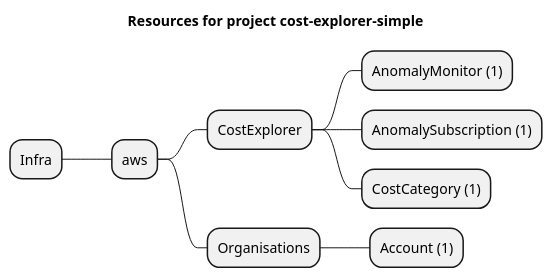
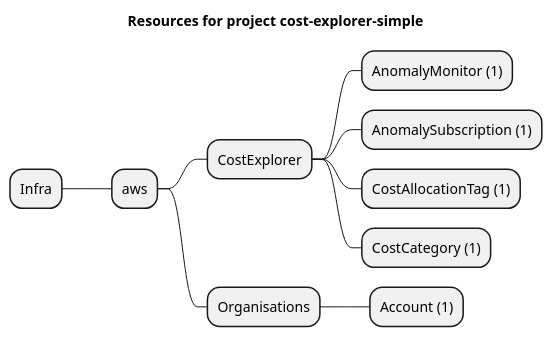
Before and after one commit to grucloud/grucloud: the diagram in examples/aws/CostExplorer/cost-explorer-simple/artifacts/resources-mindmap.puml, drawn with PlantUML. The commit also changed 5 other files, not shown here.

Commit message:
CostExplorerCostAllocationTag

```diff
--- a/examples/aws/CostExplorer/cost-explorer-simple/artifacts/resources-mindmap.puml
+++ b/examples/aws/CostExplorer/cost-explorer-simple/artifacts/resources-mindmap.puml
@@ -1,12 +1,13 @@
 @startmindmap
 title Resources for project cost-explorer-simple
 skinparam monochrome true
 + Infra
 ++ aws
 +++ CostExplorer
 ++++ AnomalyMonitor (1)
 ++++ AnomalySubscription (1)
+++++ CostAllocationTag (1)
 ++++ CostCategory (1)
 +++ Organisations
 ++++ Account (1)
 @endmindmap
```
